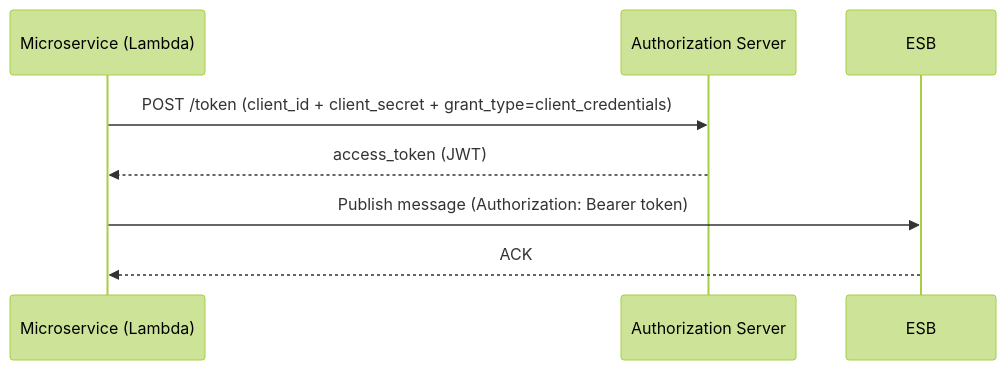
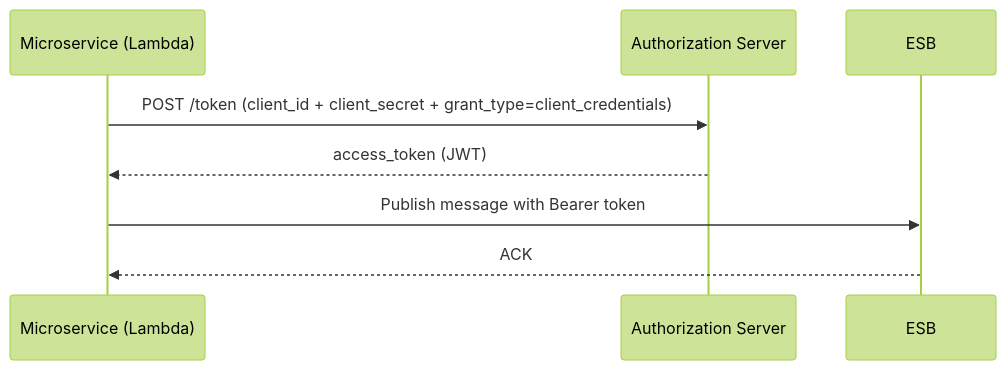
The third of 7 diagrams in _drafts/esb-microservices-ecommerce.markdown (NicolasMugnier/nicolasmugnier.github.io), drawn with Mermaid (forest theme) before and after one commit. The commit also changed other lines of this file and 4 other files, not shown here.

First line of the commit message:
fix(blog): render mermaid fences on GitHub and on the site

````diff
--- a/_drafts/esb-microservices-ecommerce.markdown
+++ b/_drafts/esb-microservices-ecommerce.markdown
@@ -182,11 +182,11 @@
-<div class="mermaid">
+```mermaid
 sequenceDiagram
     participant MS as Microservice (Lambda)
     participant AUTH as Authorization Server
     participant ESB as ESB
 
     MS->>AUTH: POST /token (client_id + client_secret + grant_type=client_credentials)
     AUTH-->>MS: access_token (JWT)
-    MS->>ESB: Publish message (Authorization: Bearer token)
+    MS->>ESB: Publish message with Bearer token
     ESB-->>MS: ACK
-</div>
+```
````
